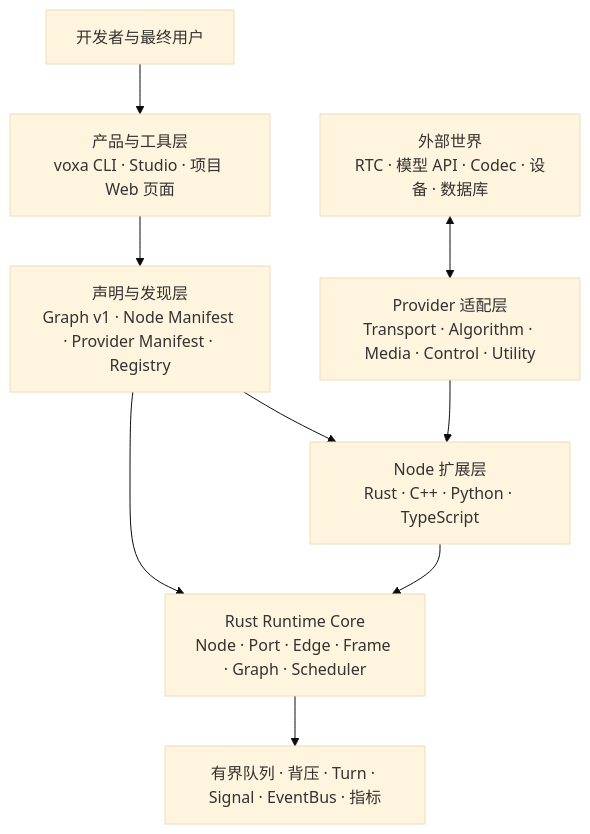
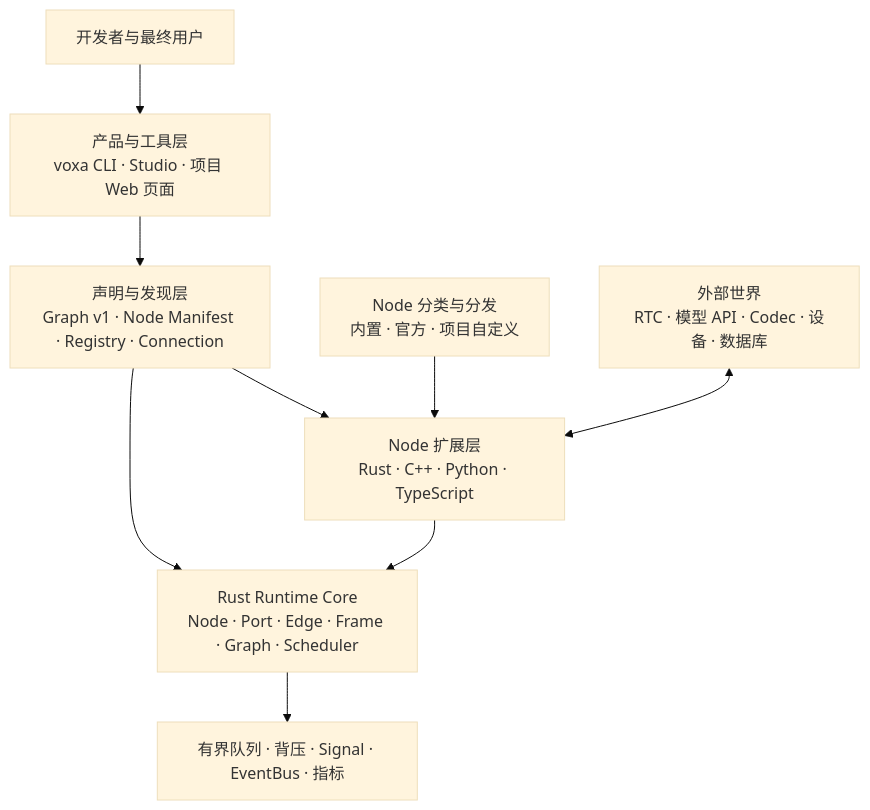
The first of 2 diagrams in docs/site/zh/concepts.md (PiyotaHu/Voxa), drawn with Mermaid (base theme) before and after one commit. The commit also changed other lines of this file and 105 other files, not shown here.

````diff
--- a/docs/site/zh/concepts.md
+++ b/docs/site/zh/concepts.md
@@ -19,19 +19,19 @@
 ```mermaid
 flowchart TB
     DEV["开发者与最终用户"]
     SURFACE["产品与工具层<br/>voxa CLI · Studio · 项目 Web 页面"]
-    DEF["声明与发现层<br/>Graph v1 · Node Manifest · Provider Manifest · Registry"]
+    DEF["声明与发现层<br/>Graph v1 · Node Manifest · Registry · Connection"]
     LANG["Node 扩展层<br/>Rust · C++ · Python · TypeScript"]
-    PROVIDER["Provider 适配层<br/>Transport · Algorithm · Media · Control · Utility"]
+    PACK["Node 分类与分发<br/>内置 · 官方 · 项目自定义"]
     CORE["Rust Runtime Core<br/>Node · Port · Edge · Frame · Graph · Scheduler"]
     EXTERNAL["外部世界<br/>RTC · 模型 API · Codec · 设备 · 数据库"]
 
     DEV --> SURFACE
     SURFACE --> DEF
     DEF --> LANG
     DEF --> CORE
     LANG --> CORE
-    PROVIDER --> LANG
-    EXTERNAL <--> PROVIDER
-    CORE --> OBS["有界队列 · 背压 · Turn · Signal · EventBus · 指标"]
+    PACK --> LANG
+    EXTERNAL <--> LANG
+    CORE --> OBS["有界队列 · 背压 · Signal · EventBus · 指标"]
 ```
````
